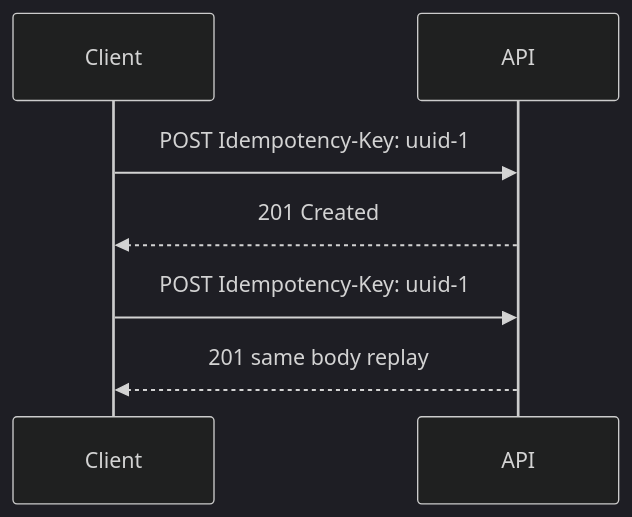
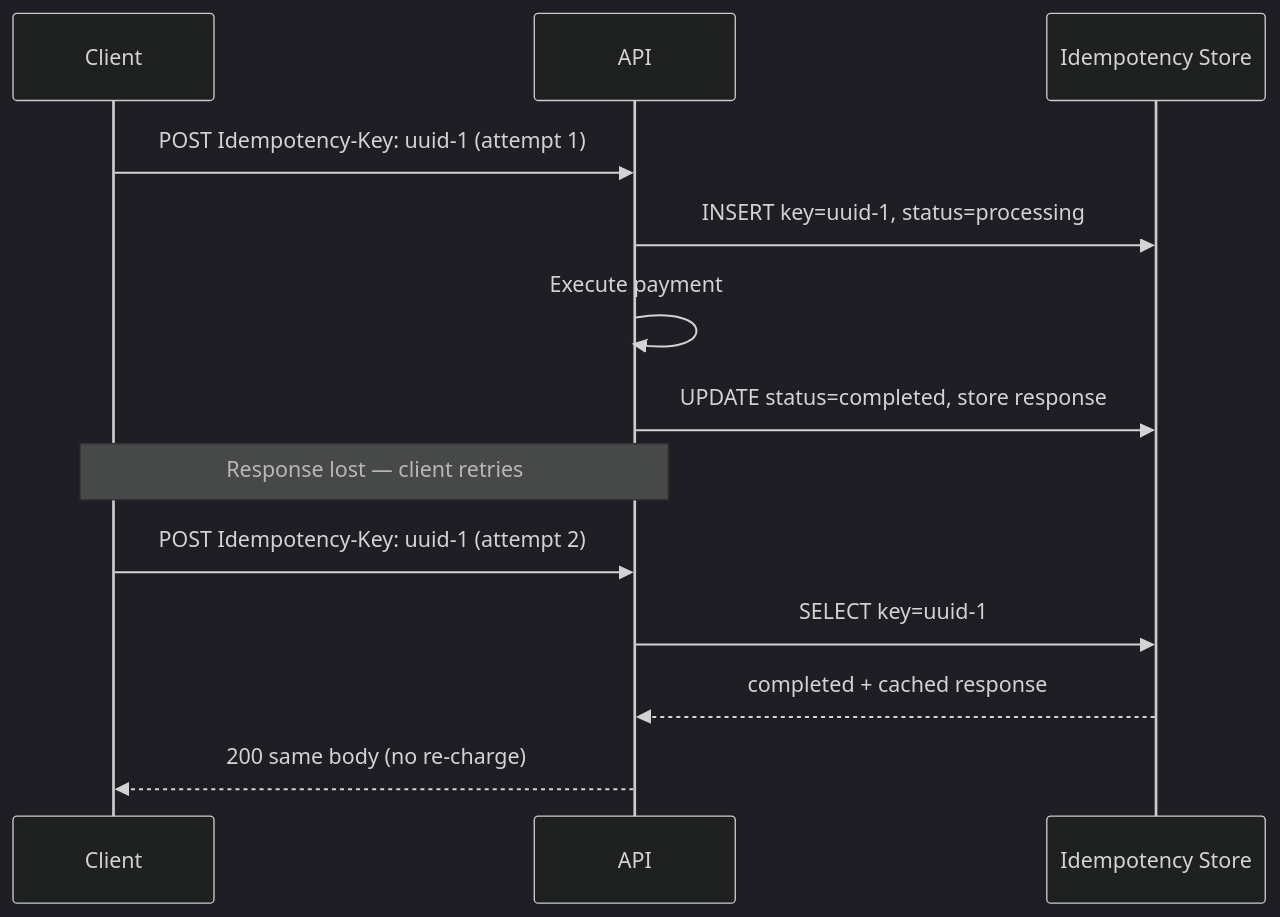
One commit to hareramcse/SystemDesign changed diagram 26 of 26 in 07-api-desing/README.md. Above: the diagram before and after it, drawn with Mermaid (dark theme). The commit also changed other lines of this file and 14 other files, not shown here.

````diff
--- a/07-api-desing/README.md
+++ b/07-api-desing/README.md
@@ -1285,9 +1651,16 @@
 ```mermaid
 sequenceDiagram
     participant C as Client
     participant API as API
-    C->>API: POST Idempotency-Key: uuid-1
-    API-->>C: 201 Created
-    C->>API: POST Idempotency-Key: uuid-1
-    API-->>C: 201 same body replay
+    participant DB as Idempotency Store
+
+    C->>API: POST Idempotency-Key: uuid-1 (attempt 1)
+    API->>DB: INSERT key=uuid-1, status=processing
+    API->>API: Execute payment
+    API->>DB: UPDATE status=completed, store response
+    Note over C,API: Response lost — client retries
+    C->>API: POST Idempotency-Key: uuid-1 (attempt 2)
+    API->>DB: SELECT key=uuid-1
+    DB-->>API: completed + cached response
+    API-->>C: 200 same body (no re-charge)
 ```
````
